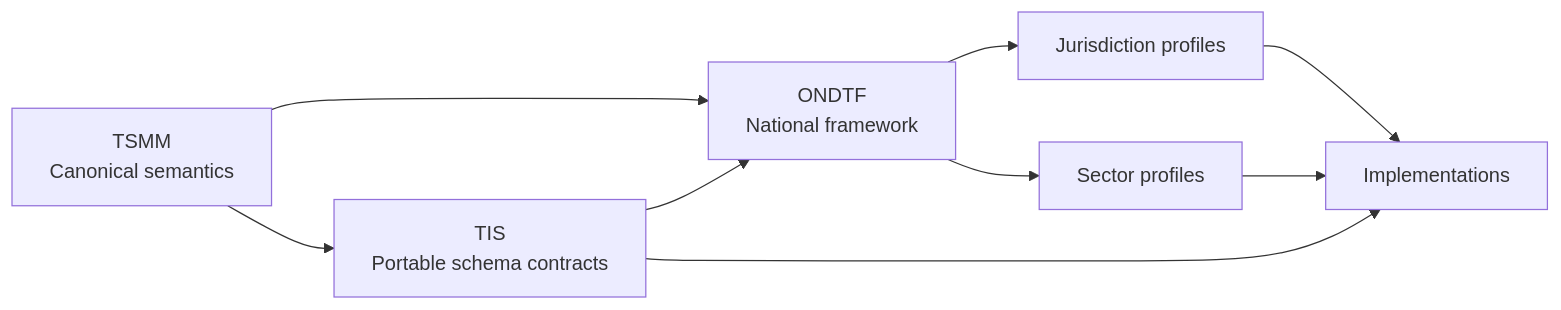
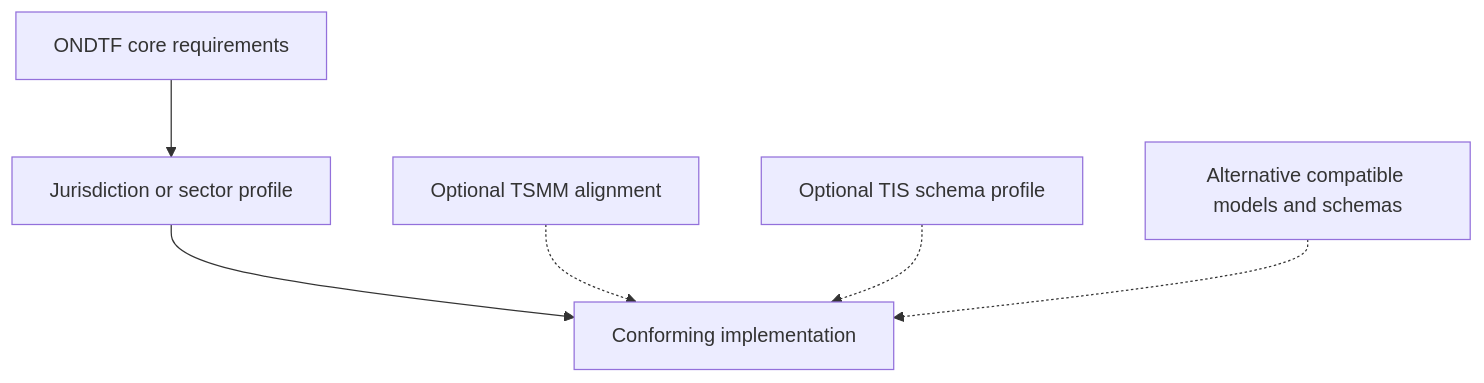
One commit to sankarshanmukhopadhyay/open-national-digital-trust-framework changed the diagram in README.md. Above: the diagram before and after it, drawn with Mermaid. The commit also changed other lines of this file and 29 other files, not shown here.

First line of the commit message:
refactor: make ONDTF core independent of optional technical foundations

````diff
--- a/README.md
+++ b/README.md
@@ -47,11 +47,14 @@
 ```mermaid
-flowchart LR
-    TSMM[TSMM\nCanonical semantics] --> ONDTF[ONDTF\nNational framework]
-    TSMM --> TIS[TIS\nPortable schema contracts]
-    TIS --> ONDTF
-    ONDTF --> JP[Jurisdiction profiles]
-    ONDTF --> SP[Sector profiles]
-    JP --> IMPL[Implementations]
-    SP --> IMPL
-    TIS --> IMPL
+flowchart TB
+    CORE[ONDTF core requirements]
+    PROFILE[Jurisdiction or sector profile]
+    IMPL[Conforming implementation]
+    TSMM[Optional TSMM alignment]
+    TIS[Optional TIS schema profile]
+    ALT[Alternative compatible models and schemas]
+    CORE --> PROFILE
+    PROFILE --> IMPL
+    TSMM -.-> IMPL
+    TIS -.-> IMPL
+    ALT -.-> IMPL
 ```
````
